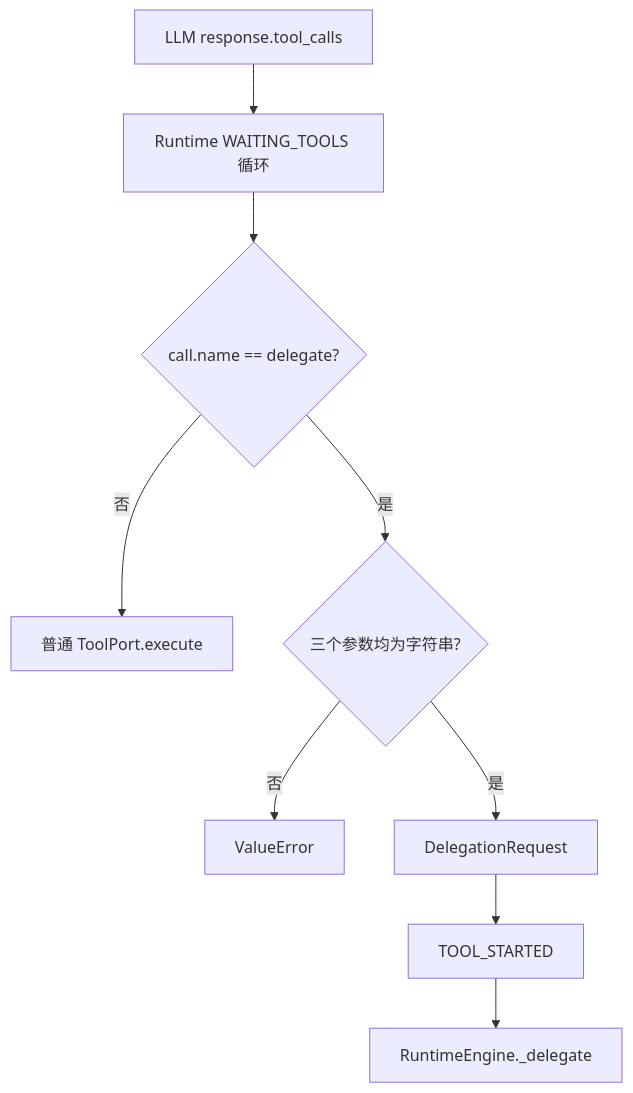
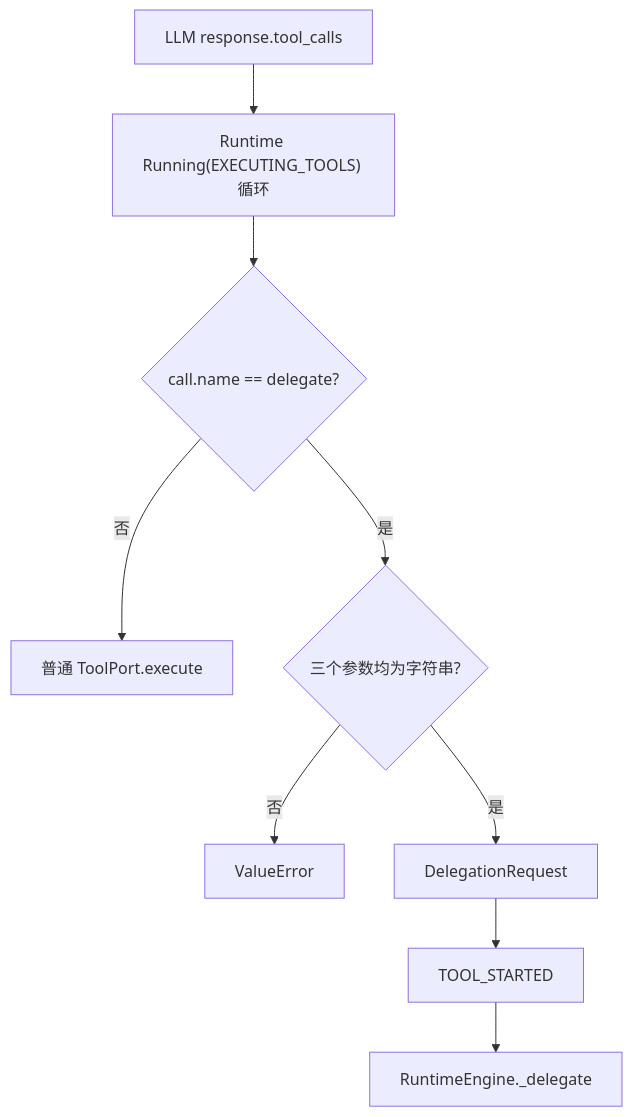
Before and after one commit to aandbcct/dotClaw: the ninth of 22 diagrams in docs/wiki/Orchestration 与 Delegation 模块总体说明.md, drawn with Mermaid. The commit also changed other lines of this file and 12 other files, not shown here.

````diff
--- a/docs/wiki/Orchestration 与 Delegation 模块总体说明.md
+++ b/docs/wiki/Orchestration 与 Delegation 模块总体说明.md
@@ -1209,11 +1210,11 @@
 ```mermaid
 flowchart TD
-    Calls["LLM response.tool_calls"] --> Loop["Runtime WAITING_TOOLS 循环"]
+    Calls["LLM response.tool_calls"] --> Loop["Runtime Running(EXECUTING_TOOLS) 循环"]
     Loop --> Name{"call.name == delegate?"}
     Name -->|否| ToolPort["普通 ToolPort.execute"]
     Name -->|是| Args{"三个参数均为字符串?"}
     Args -->|否| Invalid["ValueError"]
     Args -->|是| Request["DelegationRequest"]
     Request --> Audit["TOOL_STARTED"]
     Audit --> Delegate["RuntimeEngine._delegate"]
 ```
````
